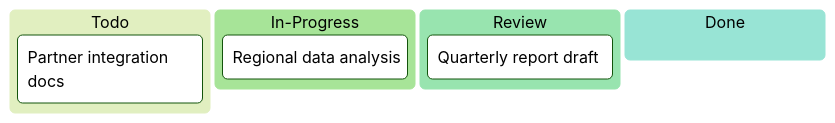
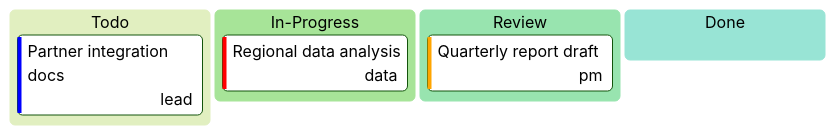
Before and after one commit to Katty-Fashion/kf-cpto: the diagram in docs/_projects/airegio.md, drawn with Mermaid (forest theme). The commit also changed other lines of this file and 12 other files, not shown here.

````diff
--- a/docs/_projects/airegio.md
+++ b/docs/_projects/airegio.md
@@ -28,10 +33,10 @@
 ```mermaid
 kanban
   Todo
-    t2[Partner integration docs]
+    t2[Partner integration docs]@{ priority: 'Low', assigned: 'lead' }
   In-Progress
-    t1[Regional data analysis]
+    t1[Regional data analysis]@{ priority: 'Very High', assigned: 'data' }
   Review
-    t3[Quarterly report draft]
+    t3[Quarterly report draft]@{ priority: 'High', assigned: 'pm' }
   Done
 ```
````
